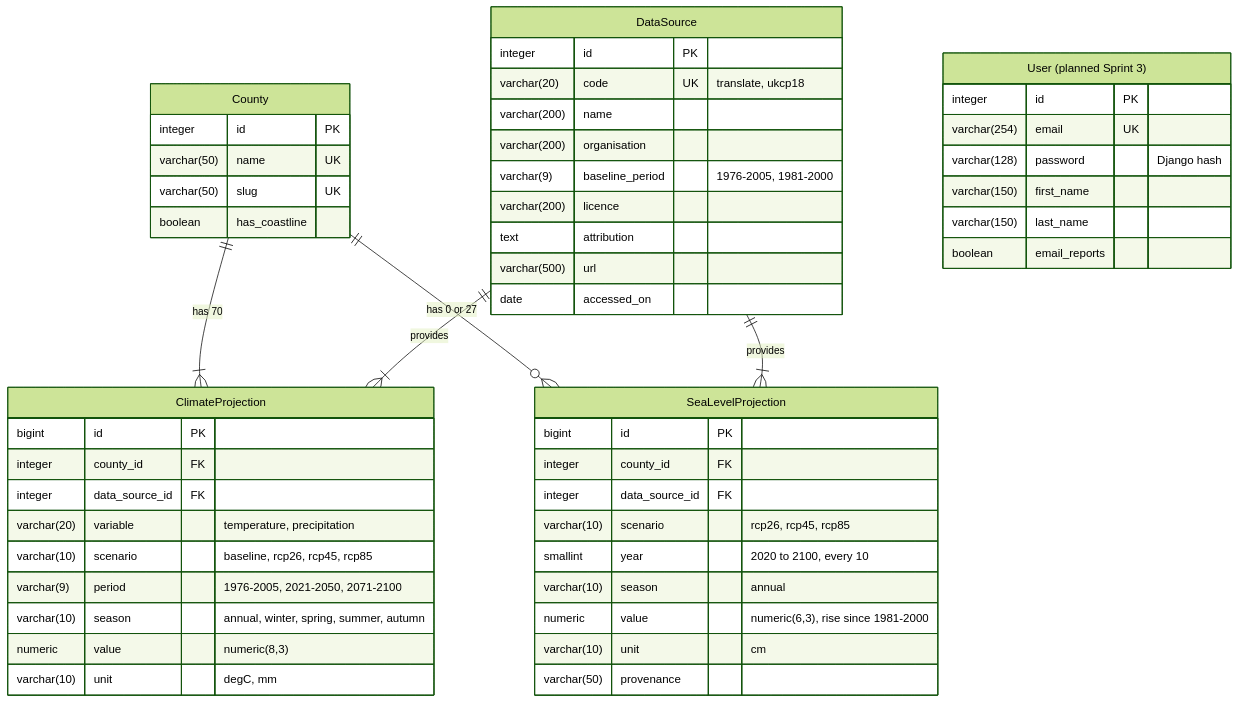
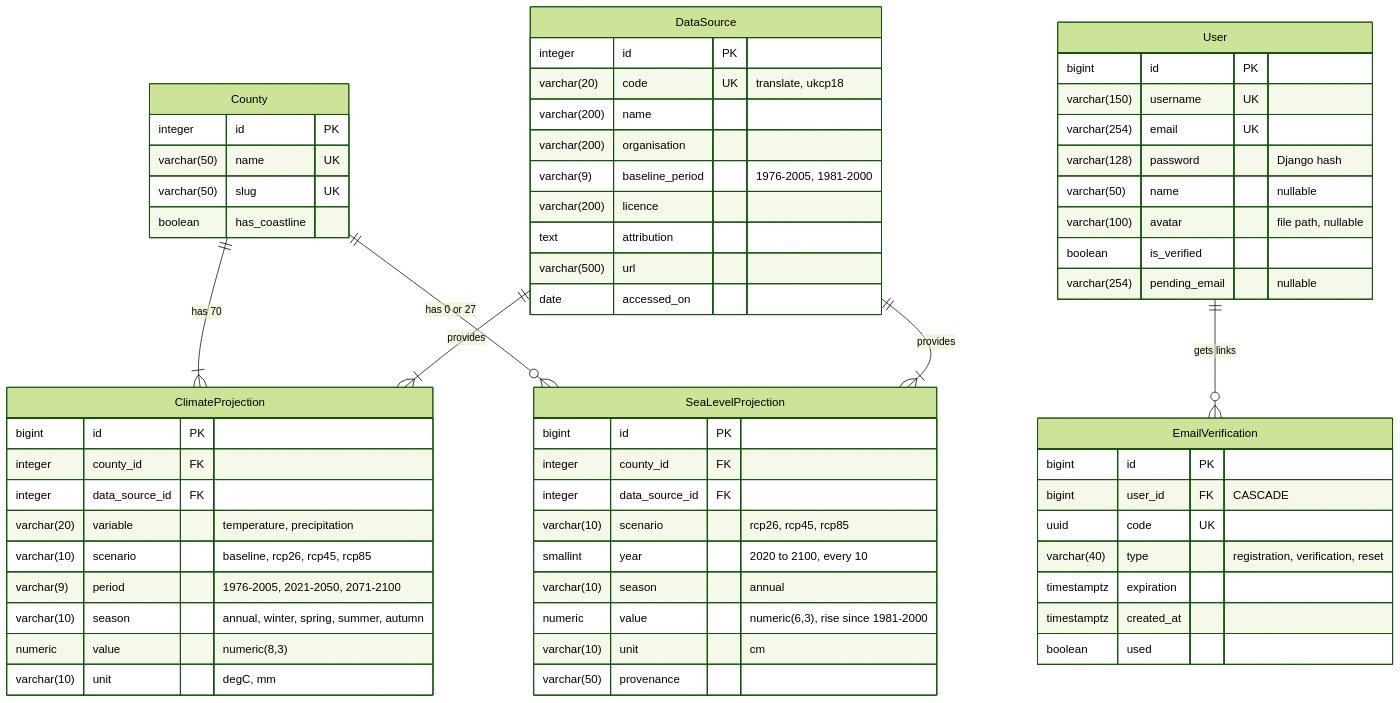
One commit to eoinier-byte/climate-change-dashboard changed the diagram in docs/er-diagram.mmd. Above: the diagram before and after it, drawn with Mermaid (forest theme). The commit also changed 12 other files, not shown here.

```diff
--- a/docs/er-diagram.mmd
+++ b/docs/er-diagram.mmd
@@ -1,57 +1,70 @@
 erDiagram
     County ||--|{ ClimateProjection : "has 70"
     County ||--o{ SeaLevelProjection : "has 0 or 27"
     DataSource ||--|{ ClimateProjection : "provides"
     DataSource ||--|{ SeaLevelProjection : "provides"
+    User ||--o{ EmailVerification : "gets links"
 
     County {
         integer id PK
         varchar(50) name UK
         varchar(50) slug UK
         boolean has_coastline
     }
 
     ClimateProjection {
         bigint id PK
         integer county_id FK
         integer data_source_id FK
         varchar(20) variable "temperature, precipitation"
         varchar(10) scenario "baseline, rcp26, rcp45, rcp85"
         varchar(9) period "1976-2005, 2021-2050, 2071-2100"
         varchar(10) season "annual, winter, spring, summer, autumn"
         numeric value "numeric(8,3)"
         varchar(10) unit "degC, mm"
     }
 
     SeaLevelProjection {
         bigint id PK
         integer county_id FK
         integer data_source_id FK
         varchar(10) scenario "rcp26, rcp45, rcp85"
         smallint year "2020 to 2100, every 10"
         varchar(10) season "annual"
         numeric value "numeric(6,3), rise since 1981-2000"
         varchar(10) unit "cm"
         varchar(50) provenance
     }
 
     DataSource {
         integer id PK
         varchar(20) code UK "translate, ukcp18"
         varchar(200) name
         varchar(200) organisation
         varchar(9) baseline_period "1976-2005, 1981-2000"
         varchar(200) licence
         text attribution
         varchar(500) url
         date accessed_on
     }
 
-    User["User (planned Sprint 3)"] {
-        integer id PK
+    User {
+        bigint id PK
+        varchar(150) username UK
         varchar(254) email UK
         varchar(128) password "Django hash"
-        varchar(150) first_name
-        varchar(150) last_name
-        boolean email_reports
+        varchar(50) name "nullable"
+        varchar(100) avatar "file path, nullable"
+        boolean is_verified
+        varchar(254) pending_email "nullable"
     }
+
+    EmailVerification {
+        bigint id PK
+        bigint user_id FK "CASCADE"
+        uuid code UK
+        varchar(40) type "registration, verification, reset"
+        timestamptz expiration
+        timestamptz created_at
+        boolean used
+    }
```
